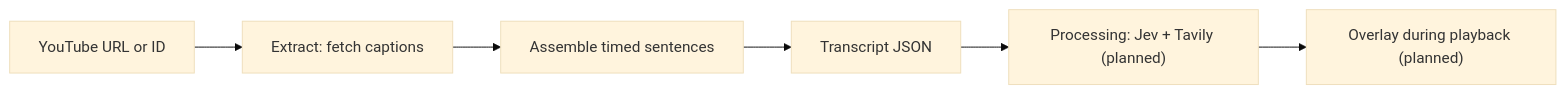
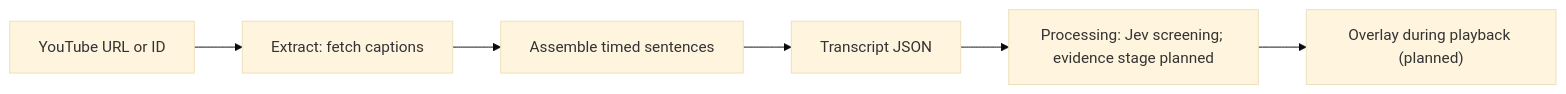
The diagram in README.md (twbraam/pila), drawn with Mermaid (base theme) before and after one commit. The commit also changed other lines of this file and 127 other files, not shown here.

Commit message:
Add bilingual Jev transcript screening and recorded results

````diff
--- a/README.md
+++ b/README.md
@@ -30,8 +30,8 @@
 ```mermaid
 flowchart LR
     A["YouTube URL or ID"] --> B["Extract: fetch captions"]
     B --> C["Assemble timed sentences"]
     C --> D["Transcript JSON"]
-    D --> E["Processing: Jev + Tavily (planned)"]
+    D --> E["Processing: Jev screening; evidence stage planned"]
     E --> F["Overlay during playback (planned)"]
 ```
````
